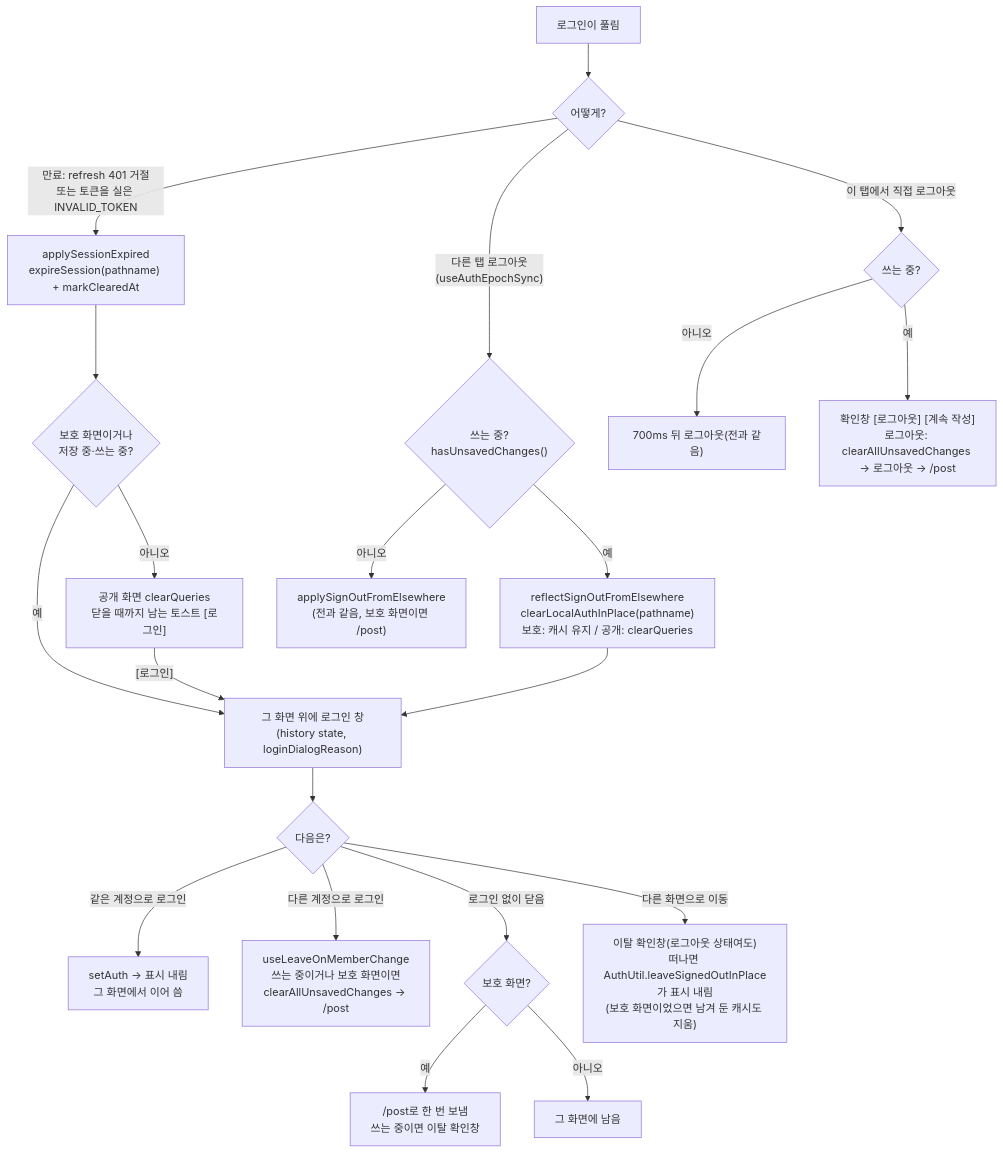
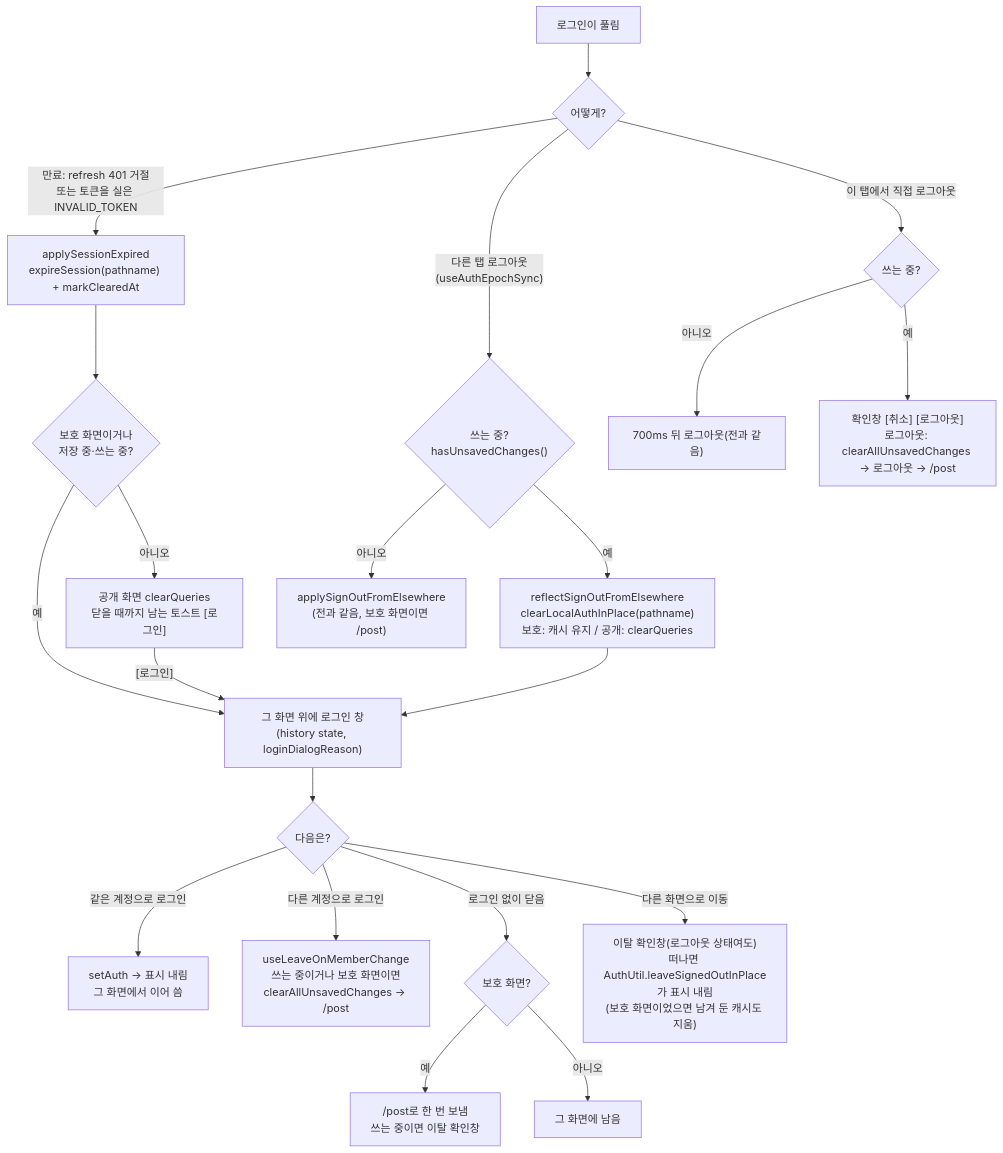
Before and after one commit to BAECHAN/link-sphere_FE_NEW: the eighth of 10 diagrams in docs/AUTH.md, drawn with Mermaid. The commit also changed other lines of this file and 40 other files, not shown here.

````diff
--- a/docs/AUTH.md
+++ b/docs/AUTH.md
@@ -1237,23 +1237,23 @@
 ```mermaid
 flowchart TD
   A["로그인이 풀림"] --> B{"어떻게?"}
   B -->|"만료: refresh 401 거절<br/>또는 토큰을 실은 INVALID_TOKEN"| C["applySessionExpired<br/>expireSession(pathname) + markClearedAt"]
   B -->|"다른 탭 로그아웃<br/>(useAuthEpochSync)"| D{"쓰는 중?<br/>hasUnsavedChanges()"}
   B -->|"이 탭에서 직접 로그아웃"| L{"쓰는 중?"}
   D -->|"아니오"| D0["applySignOutFromElsewhere<br/>(전과 같음, 보호 화면이면 /post)"]
   D -->|"예"| E["reflectSignOutFromElsewhere<br/>clearLocalAuthInPlace(pathname)<br/>보호: 캐시 유지 / 공개: clearQueries"]
   C --> F{"보호 화면이거나<br/>저장 중·쓰는 중?"}
   F -->|"예"| G["그 화면 위에 로그인 창<br/>(history state, loginDialogReason)"]
   F -->|"아니오"| T["공개 화면 clearQueries<br/>닫을 때까지 남는 토스트 [로그인]"]
   T -->|"[로그인]"| G
   E --> G
   G --> H{"다음은?"}
   H -->|"같은 계정으로 로그인"| I["setAuth → 표시 내림<br/>그 화면에서 이어 씀"]
   H -->|"다른 계정으로 로그인"| J["useLeaveOnMemberChange<br/>쓰는 중이거나 보호 화면이면<br/>clearAllUnsavedChanges → /post"]
   H -->|"로그인 없이 닫음"| K{"보호 화면?"}
   K -->|"예"| K1["/post로 한 번 보냄<br/>쓰는 중이면 이탈 확인창"]
   K -->|"아니오"| K2["그 화면에 남음"]
   H -->|"다른 화면으로 이동"| X["이탈 확인창(로그아웃 상태여도)<br/>떠나면 AuthUtil.leaveSignedOutInPlace가 표시 내림<br/>(보호 화면이었으면 남겨 둔 캐시도 지움)"]
   L -->|"아니오"| L0["700ms 뒤 로그아웃(전과 같음)"]
-  L -->|"예"| L1["확인창 [로그아웃] [계속 작성]<br/>로그아웃: clearAllUnsavedChanges → 로그아웃 → /post"]
+  L -->|"예"| L1["확인창 [취소] [로그아웃]<br/>로그아웃: clearAllUnsavedChanges → 로그아웃 → /post"]
 ```
````
